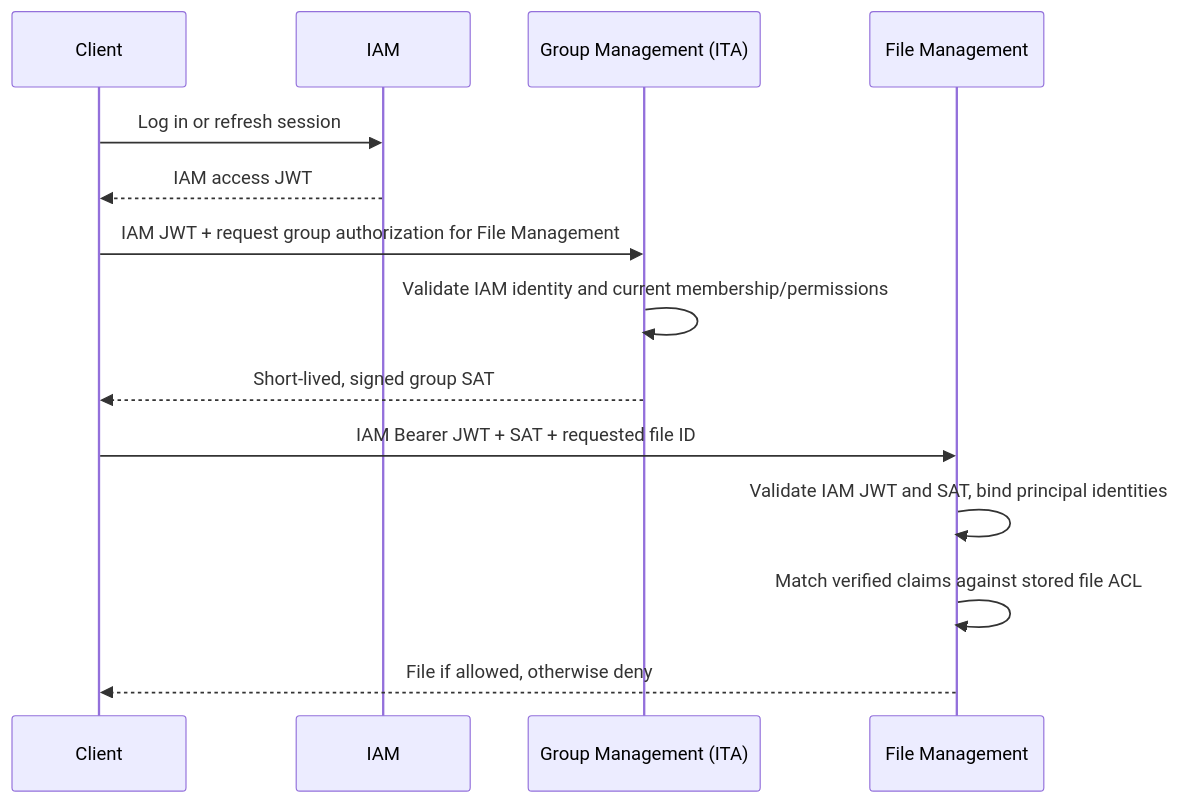
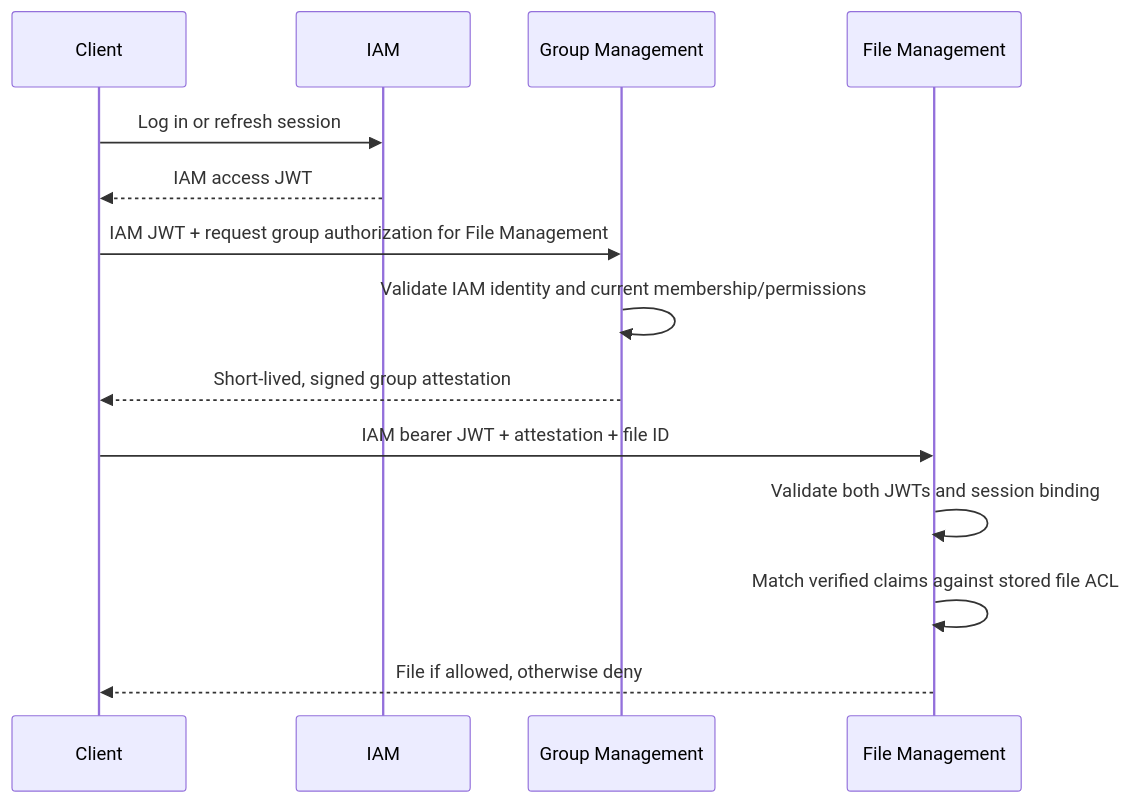
Before and after one commit to frederik-hoeft/min-favs-sharewise: the diagram in docs/scoped-authorization-attestations-proposal.md, drawn with Mermaid. The commit also changed other lines of this file and 5 other files, not shown here.

````diff
--- a/docs/scoped-authorization-attestations-proposal.md
+++ b/docs/scoped-authorization-attestations-proposal.md
@@ -36,17 +13,17 @@
 ```mermaid
 sequenceDiagram
     participant C as Client
     participant I as IAM
-    participant G as Group Management (ITA)
+    participant G as Group Management
     participant F as File Management
 
     C->>I: Log in or refresh session
     I-->>C: IAM access JWT
     C->>G: IAM JWT + request group authorization for File Management
     G->>G: Validate IAM identity and current membership/permissions
-    G-->>C: Short-lived, signed group SAT
-    C->>F: IAM Bearer JWT + SAT + requested file ID
-    F->>F: Validate IAM JWT and SAT, bind principal identities
+    G-->>C: Short-lived, signed group attestation
+    C->>F: IAM bearer JWT + attestation + file ID
+    F->>F: Validate both JWTs and session binding
     F->>F: Match verified claims against stored file ACL
     F-->>C: File if allowed, otherwise deny
 ```
````
